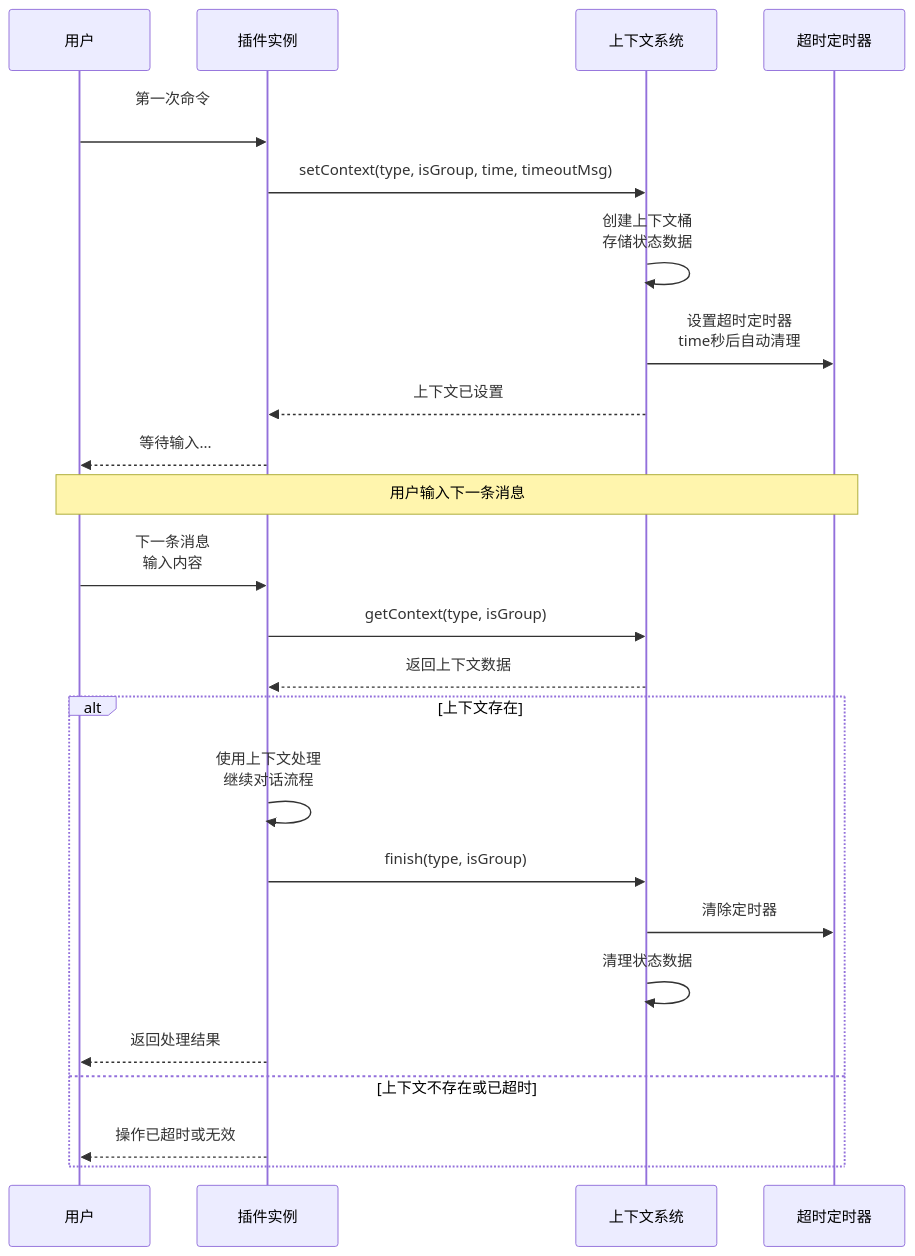
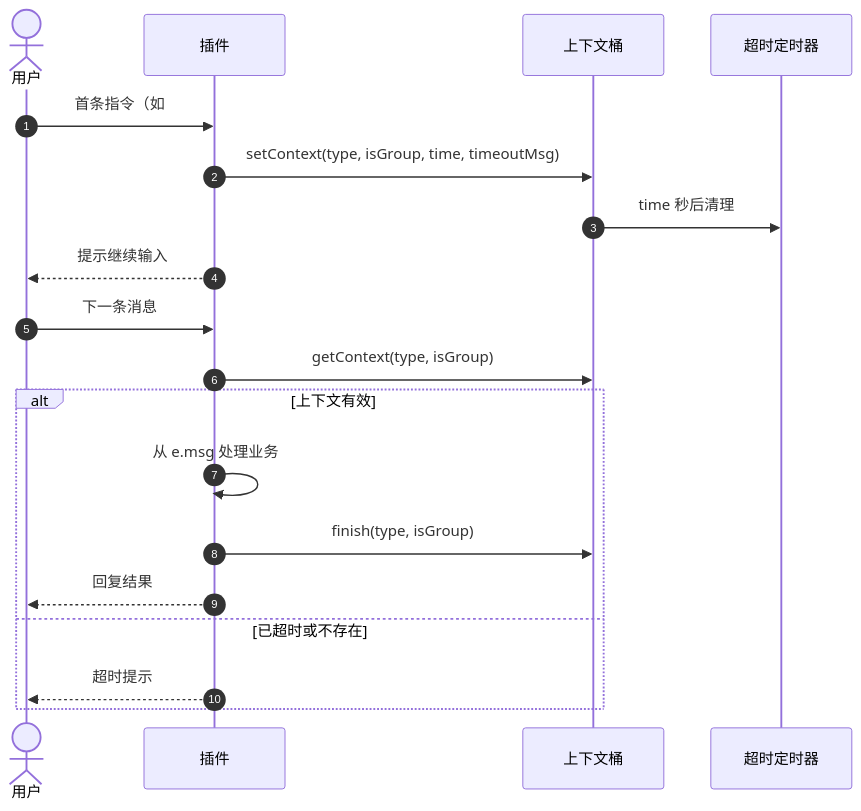
One commit to sunflowermm/XRK-AGT changed the third of 3 diagrams in docs/plugin-base.md. Above: the diagram before and after it, drawn with Mermaid. The commit also changed other lines of this file and 31 other files, not shown here.

````diff
--- a/docs/plugin-base.md
+++ b/docs/plugin-base.md
@@ -155,29 +203,23 @@
 ```mermaid
 sequenceDiagram
-    participant User as 用户
-    participant Plugin as 插件实例
-    participant Context as 上下文系统
-    participant Timer as 超时定时器
-    
-    User->>Plugin: 第一次命令<br/>#开始对话
-    Plugin->>Context: setContext(type, isGroup, time, timeoutMsg)
-    Context->>Context: 创建上下文桶<br/>存储状态数据
-    Context->>Timer: 设置超时定时器<br/>time秒后自动清理
-    Context-->>Plugin: 上下文已设置
-    Plugin-->>User: 等待输入...
-    
-    Note over User,Timer: 用户输入下一条消息
-    
-    User->>Plugin: 下一条消息<br/>输入内容
-    Plugin->>Context: getContext(type, isGroup)
-    Context-->>Plugin: 返回上下文数据
-    alt 上下文存在
-        Plugin->>Plugin: 使用上下文处理<br/>继续对话流程
-        Plugin->>Context: finish(type, isGroup)
-        Context->>Timer: 清除定时器
-        Context->>Context: 清理状态数据
-        Plugin-->>User: 返回处理结果
-    else 上下文不存在或已超时
-        Plugin-->>User: 操作已超时或无效
+    autonumber
+    actor U as 用户
+    participant P as 插件
+    participant C as 上下文桶
+    participant T as 超时定时器
+
+    U->>P: 首条指令（如 #开始）
+    P->>C: setContext(type, isGroup, time, timeoutMsg)
+    C->>T: time 秒后清理
+    P-->>U: 提示继续输入
+
+    U->>P: 下一条消息
+    P->>C: getContext(type, isGroup)
+    alt 上下文有效
+        P->>P: 从 e.msg 处理业务
+        P->>C: finish(type, isGroup)
+        P-->>U: 回复结果
+    else 已超时或不存在
+        P-->>U: 超时提示
     end
 ```
````
